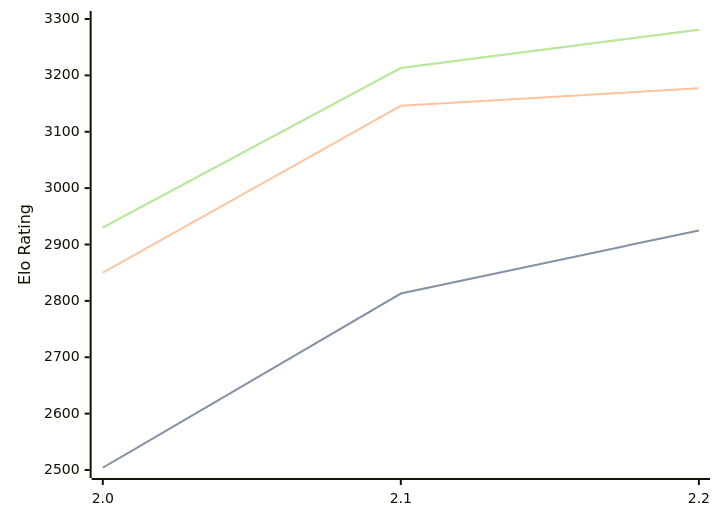
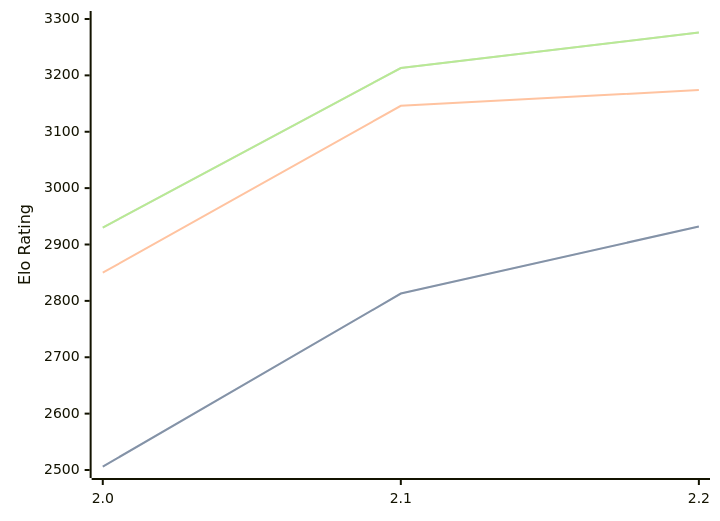
Before and after one commit to computer-chess-index/cci: the diagram in engines/Tunguska.md, drawn with Mermaid. The commit also changed other lines of this file, not shown here.

Commit message:
Update CCI Ratings (ELO VLTC) - 2026-09-10

````diff
--- a/engines/Tunguska.md
+++ b/engines/Tunguska.md
@@ -33,11 +33,11 @@
 ```mermaid
 %%{init: {"theme":"base","themeVariables":{"seriesColors:['#a3a3a3','#222221','#faa371']}}}%%
 xychart-beta
   x-axis ["2.0", "2.1", "2.2"]
   y-axis "Elo Rating" 2500 --> 3300
-  line "" [2504, 2813, 2925]
-  line "STC (8.0+0.08s)" [2504, 2813, 2925]
-  line "LTC (60.0+0.60s)" [2850, 3146, 3177]
-  line "" [2930, 3213, 3281]
-  line "VLTC (2m24s+1.12s)" [2930, 3213, 3281]
+  line "" [2506, 2813, 2932]
+  line "STC (8.0+0.08s)" [2506, 2813, 2932]
+  line "LTC (60.0+0.60s)" [2850, 3146, 3174]
+  line "" [2930, 3213, 3276]
+  line "VLTC (2m24s+1.12s)" [2930, 3213, 3276]
 ```
````
